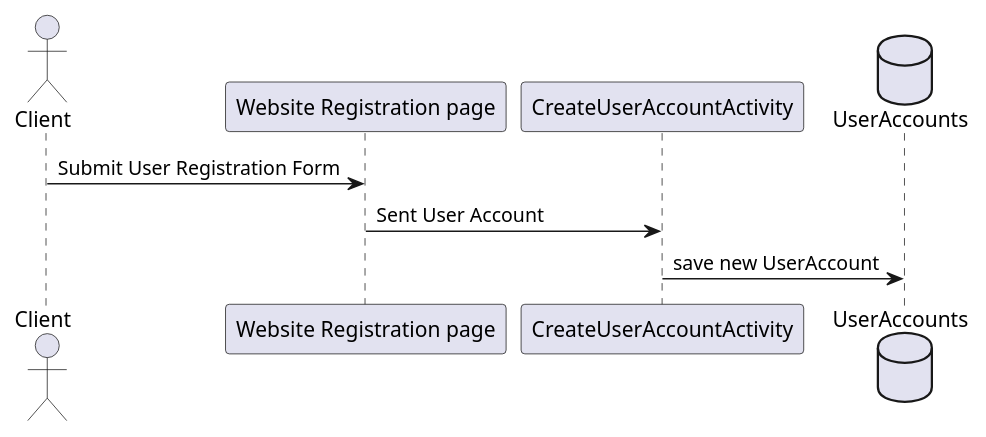
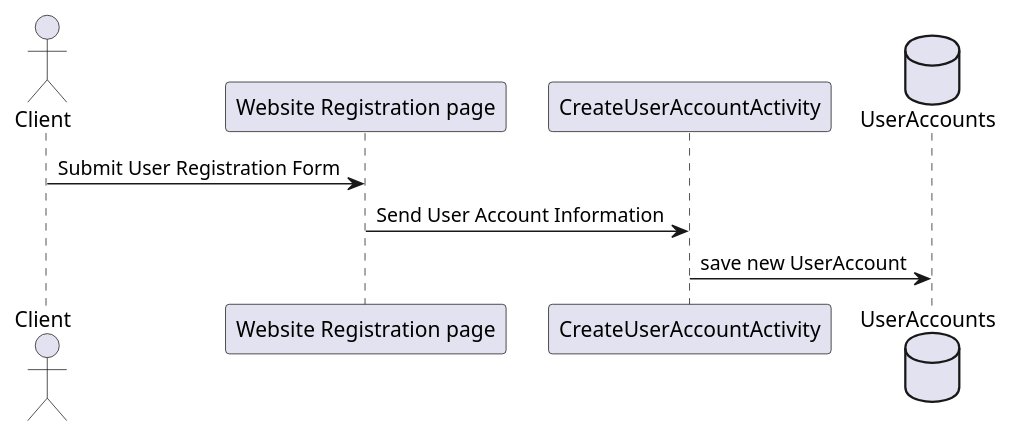
The diagram in project_documents/SequenceDiagrams/Create UserAccount.puml (BloomTechBackend/bd-team-project-support-zebra), drawn with PlantUML before and after one commit. The commit also changed 2 other files, not shown here.

Commit message:
Added GetUserAccount SD

```diff
--- a/project_documents/SequenceDiagrams/Create UserAccount.puml
+++ b/project_documents/SequenceDiagrams/Create UserAccount.puml
@@ -1,13 +1,13 @@
 @startuml
 'https://plantuml.com/sequence-diagram
 
 
 actor Client as c
 participant "Website Registration page" as wrp
 participant CreateUserAccountActivity as cua
 database UserAccounts
 
 c -> wrp: Submit User Registration Form
-wrp -> cua: Sent User Account
+wrp -> cua: Send User Account Information
 cua -> UserAccounts: save new UserAccount
 @enduml
```
